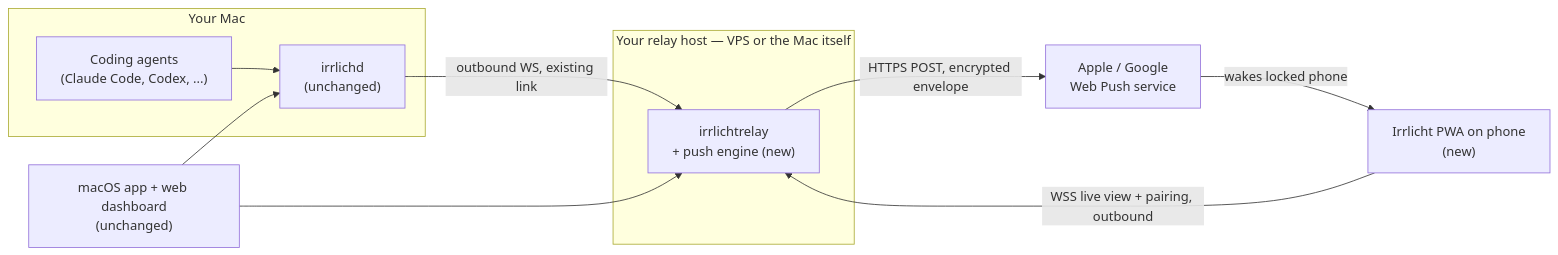
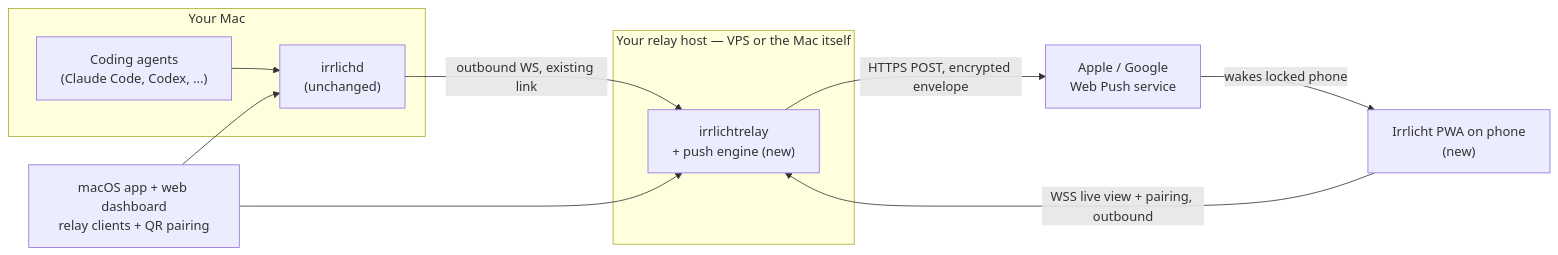
The first of 5 diagrams in docs/mobile-notifications-arc42.md (ingo-eichhorst/Irrlicht), drawn with Mermaid before and after one commit. The commit also changed other lines of this file and 38 other files, not shown here.

````diff
--- a/docs/mobile-notifications-arc42.md
+++ b/docs/mobile-notifications-arc42.md
@@ -67,19 +67,19 @@
 ```mermaid
 flowchart LR
     subgraph mac["Your Mac"]
         agents["Coding agents<br/>(Claude Code, Codex, ...)"] --> daemon["irrlichd<br/>(unchanged)"]
     end
     subgraph infra["Your relay host — VPS or the Mac itself"]
         relay["irrlichtrelay<br/>+ push engine (new)"]
     end
     pushsvc["Apple / Google<br/>Web Push service"]
     phone["Irrlicht PWA on phone<br/>(new)"]
-    desktop["macOS app + web dashboard<br/>(unchanged)"]
+    desktop["macOS app + web dashboard<br/>relay clients + QR pairing"]
 
     daemon -- "outbound WS, existing link" --> relay
     relay -- "HTTPS POST, encrypted envelope" --> pushsvc
     pushsvc -- "wakes locked phone" --> phone
     phone -- "WSS live view + pairing, outbound" --> relay
     desktop --> daemon
     desktop --> relay
 ```
````
